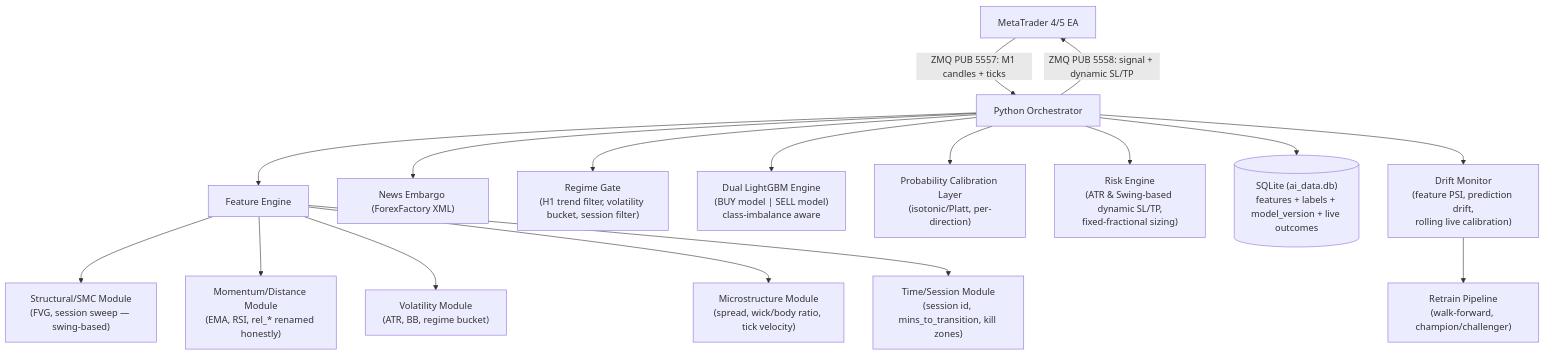
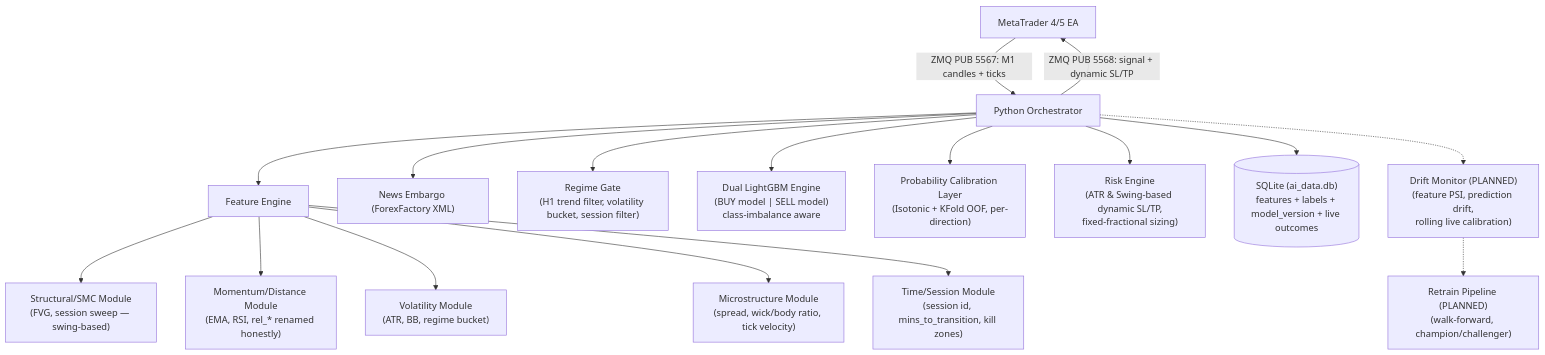
Before and after one commit to Pillosnatchaz/ai-trading: the diagram in PRD.md, drawn with Mermaid. The commit also changed other lines of this file and 4 other files, not shown here.

````diff
--- a/PRD.md
+++ b/PRD.md
@@ -43,22 +43,22 @@
 ```mermaid
 flowchart TD
-    MT5["MetaTrader 4/5 EA"] -->|ZMQ PUB 5557: M1 candles + ticks| ORCH["Python Orchestrator"]
-    ORCH -->|ZMQ PUB 5558: signal + dynamic SL/TP| MT5
+    MT5["MetaTrader 4/5 EA"] -->|ZMQ PUB 5567: M1 candles + ticks| ORCH["Python Orchestrator"]
+    ORCH -->|ZMQ PUB 5568: signal + dynamic SL/TP| MT5
 
     ORCH --> FEAT["Feature Engine"]
     FEAT --> STRUCT["Structural/SMC Module\n(FVG, session sweep — swing-based)"]
     FEAT --> MOM["Momentum/Distance Module\n(EMA, RSI, rel_* renamed honestly)"]
     FEAT --> VOL["Volatility Module\n(ATR, BB, regime bucket)"]
     FEAT --> MICRO["Microstructure Module\n(spread, wick/body ratio, tick velocity)"]
     FEAT --> TIME["Time/Session Module\n(session id, mins_to_transition, kill zones)"]
 
     ORCH --> EMBARGO["News Embargo (ForexFactory XML)"]
     ORCH --> REGIME["Regime Gate\n(H1 trend filter, volatility bucket, session filter)"]
     ORCH --> ML["Dual LightGBM Engine\n(BUY model | SELL model)\nclass-imbalance aware"]
-    ORCH --> CALIB["Probability Calibration Layer\n(isotonic/Platt, per-direction)"]
+    ORCH --> CALIB["Probability Calibration Layer\n(Isotonic + KFold OOF, per-direction)"]
     ORCH --> RISK["Risk Engine\n(ATR & Swing-based dynamic SL/TP,\nfixed-fractional sizing)"]
     ORCH --> DB[("SQLite (ai_data.db)\nfeatures + labels + model_version + live outcomes")]
 
-    ORCH --> MONITOR["Drift Monitor\n(feature PSI, prediction drift,\nrolling live calibration)"]
-    MONITOR --> RETRAIN["Retrain Pipeline\n(walk-forward, champion/challenger)"]
+    ORCH -.-> MONITOR["Drift Monitor (PLANNED)\n(feature PSI, prediction drift,\nrolling live calibration)"]
+    MONITOR -.-> RETRAIN["Retrain Pipeline (PLANNED)\n(walk-forward, champion/challenger)"]
 ```
````
